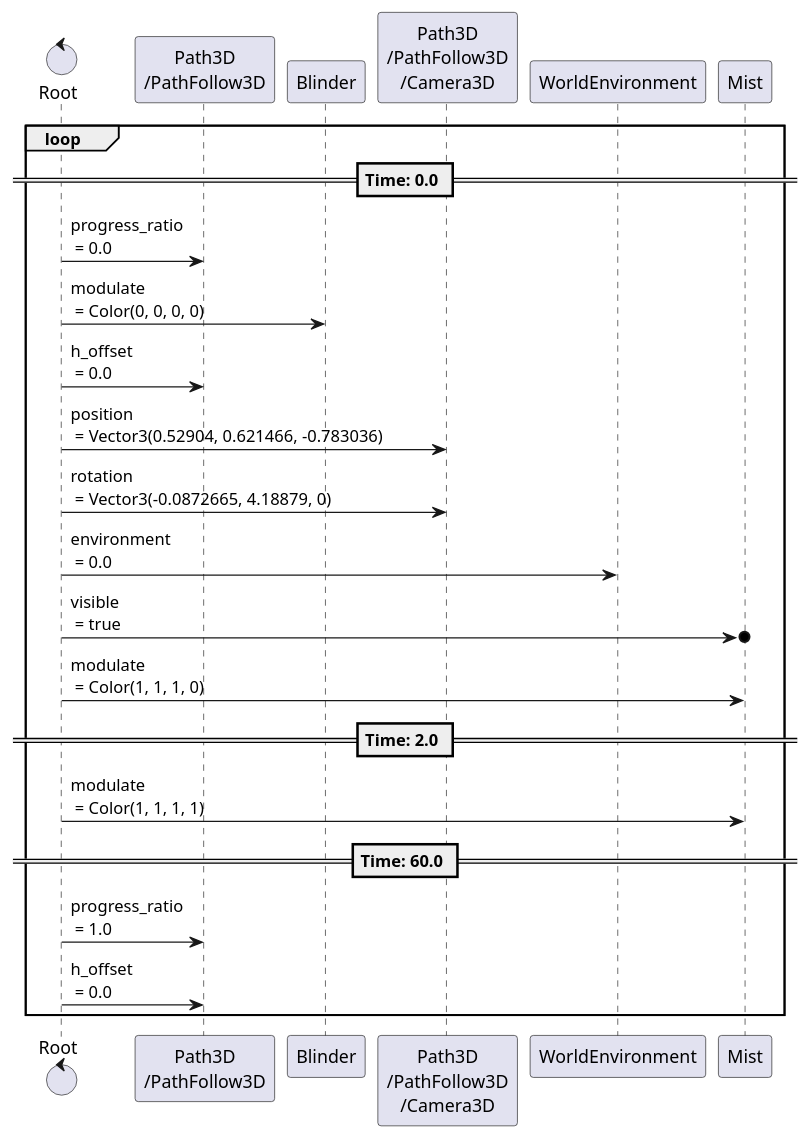
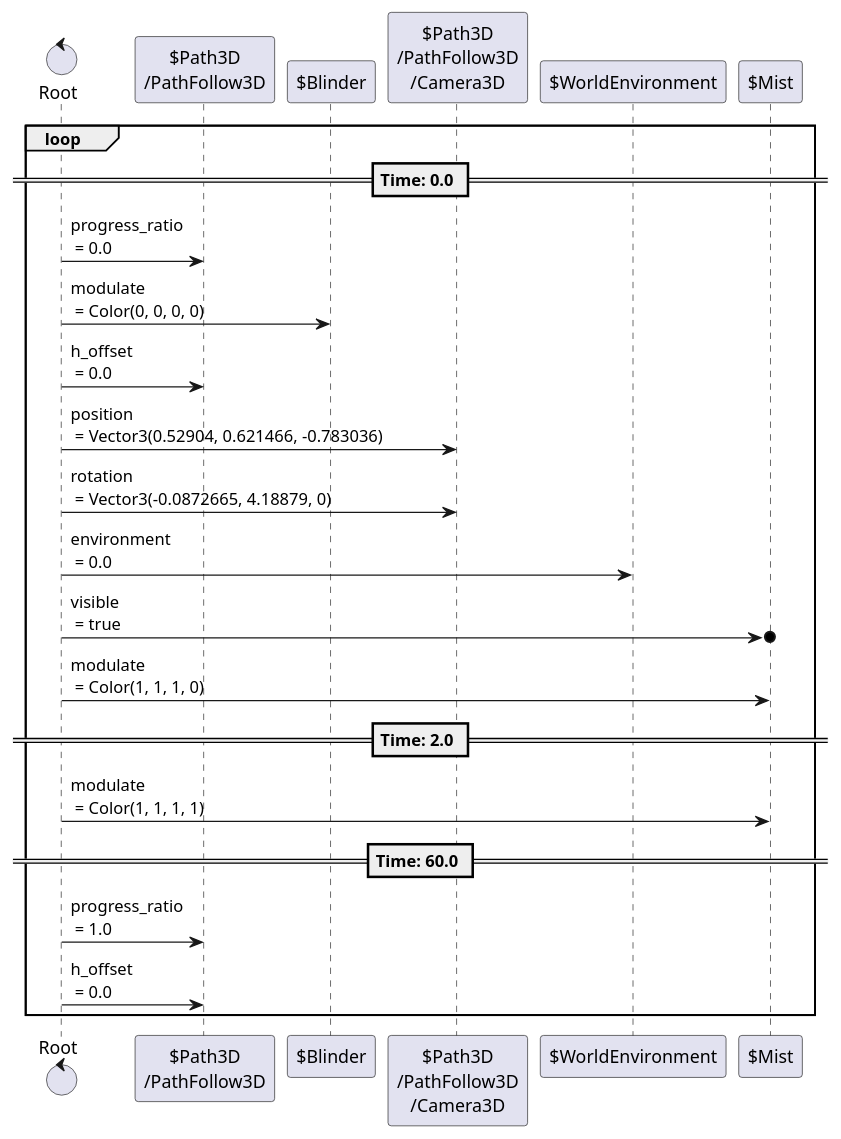
The fourth of 23 diagrams in content/scenes/src/world/world.tscn.adoc (tkmfujise/Platformer-Game-Learning), drawn with PlantUML before and after one commit. The commit also changed other lines of this file and 31 other files, not shown here.

Commit message:
Add prefix $ to node name in animation sequences

```diff
--- a/content/scenes/src/world/world.tscn.adoc
+++ b/content/scenes/src/world/world.tscn.adoc
@@ -160,28 +160,28 @@
 [plantuml]
 ....
-control "Root" as Root
-participant "Path3D\n/PathFollow3D" as T0
-participant "Blinder" as T1
-participant "Path3D\n/PathFollow3D\n/Camera3D" as T3
-participant "WorldEnvironment" as T5
-participant "Mist" as T6
+control "Root" as R
+participant "$Path3D\n/PathFollow3D" as T0
+participant "$Blinder" as T1
+participant "$Path3D\n/PathFollow3D\n/Camera3D" as T3
+participant "$WorldEnvironment" as T5
+participant "$Mist" as T6
 
 
 loop
 == Time: 0.0 ==
-Root  ->  T0 : progress_ratio\n = 0.0
-Root  ->  T1 : modulate\n = Color(0, 0, 0, 0)
-Root  ->  T0 : h_offset\n = 0.0
-Root  ->  T3 : position\n = Vector3(0.52904, 0.621466, -0.783036)
-Root  ->  T3 : rotation\n = Vector3(-0.0872665, 4.18879, 0)
-Root  ->  T5 : environment\n = 0.0
-Root  ->o  T6 : visible\n = true
-Root  ->  T6 : modulate\n = Color(1, 1, 1, 0)
+R  ->  T0 : progress_ratio\n = 0.0
+R  ->  T1 : modulate\n = Color(0, 0, 0, 0)
+R  ->  T0 : h_offset\n = 0.0
+R  ->  T3 : position\n = Vector3(0.52904, 0.621466, -0.783036)
+R  ->  T3 : rotation\n = Vector3(-0.0872665, 4.18879, 0)
+R  ->  T5 : environment\n = 0.0
+R  ->o  T6 : visible\n = true
+R  ->  T6 : modulate\n = Color(1, 1, 1, 0)
 == Time: 2.0 ==
-Root  ->  T6 : modulate\n = Color(1, 1, 1, 1)
+R  ->  T6 : modulate\n = Color(1, 1, 1, 1)
 == Time: 60.0 ==
-Root  ->  T0 : progress_ratio\n = 1.0
-Root  ->  T0 : h_offset\n = 0.0
+R  ->  T0 : progress_ratio\n = 1.0
+R  ->  T0 : h_offset\n = 0.0
 
 end
 ....
```
